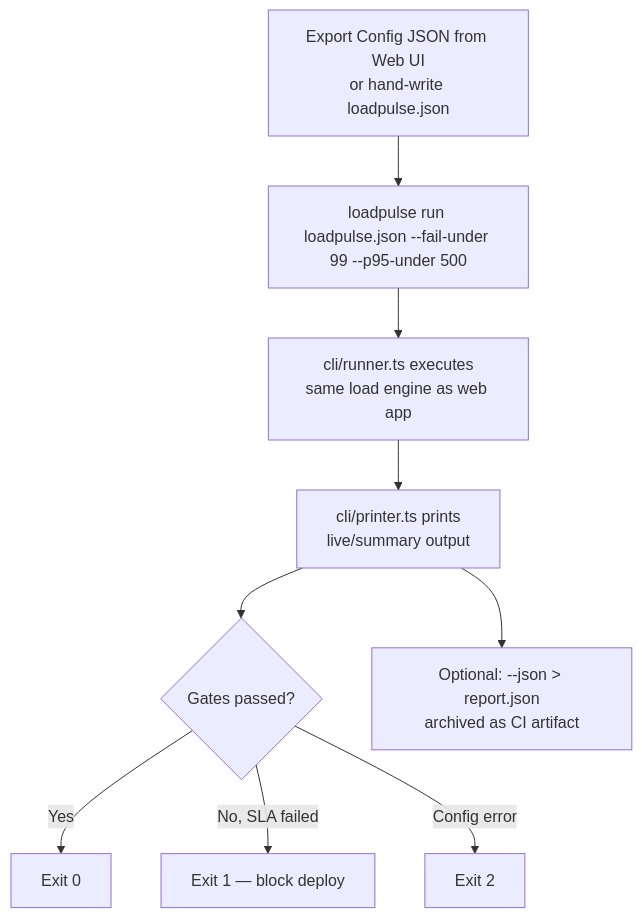
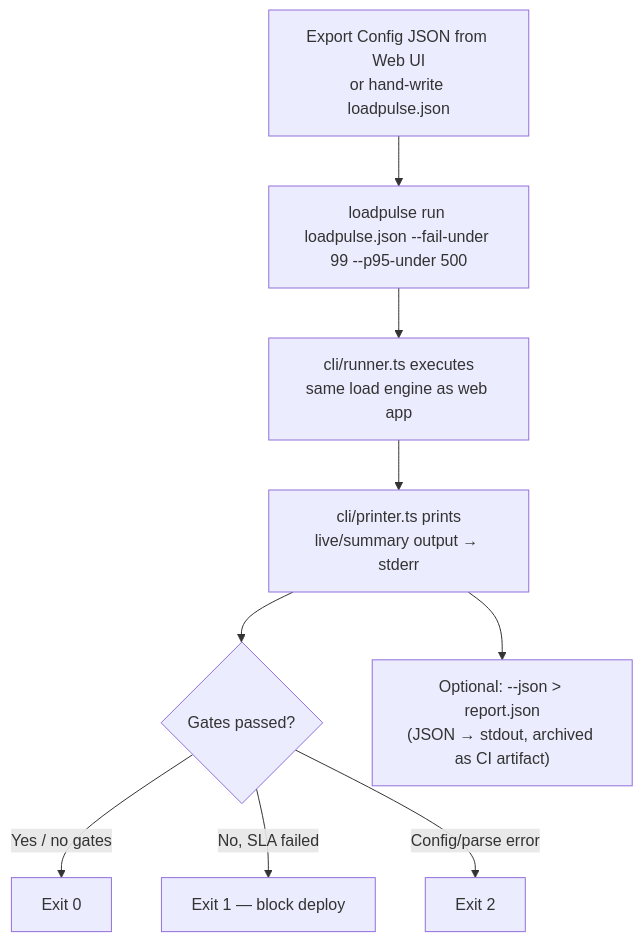
One commit to Ayush2966/LOAD-PULSE changed the fourth of 4 diagrams in docs/planning/03-user-flow.md. Above: the diagram before and after it, drawn with Mermaid. The commit also changed other lines of this file and 14 other files, not shown here.

````diff
--- a/docs/planning/03-user-flow.md
+++ b/docs/planning/03-user-flow.md
@@ -64,11 +98,11 @@
 ```mermaid
 flowchart TD
     A[Export Config JSON from Web UI\nor hand-write loadpulse.json] --> B["loadpulse run loadpulse.json --fail-under 99 --p95-under 500"]
     B --> C[cli/runner.ts executes\nsame load engine as web app]
-    C --> D[cli/printer.ts prints\nlive/summary output]
+    C --> D[cli/printer.ts prints\nlive/summary output → stderr]
     D --> E{Gates passed?}
-    E -- Yes --> F[Exit 0]
+    E -- Yes / no gates --> F[Exit 0]
     E -- No, SLA failed --> G[Exit 1 — block deploy]
-    E -- Config error --> H[Exit 2]
-    D --> I["Optional: --json > report.json\narchived as CI artifact"]
+    E -- Config/parse error --> H[Exit 2]
+    D --> I["Optional: --json > report.json\n(JSON → stdout, archived as CI artifact)"]
 ```
````
